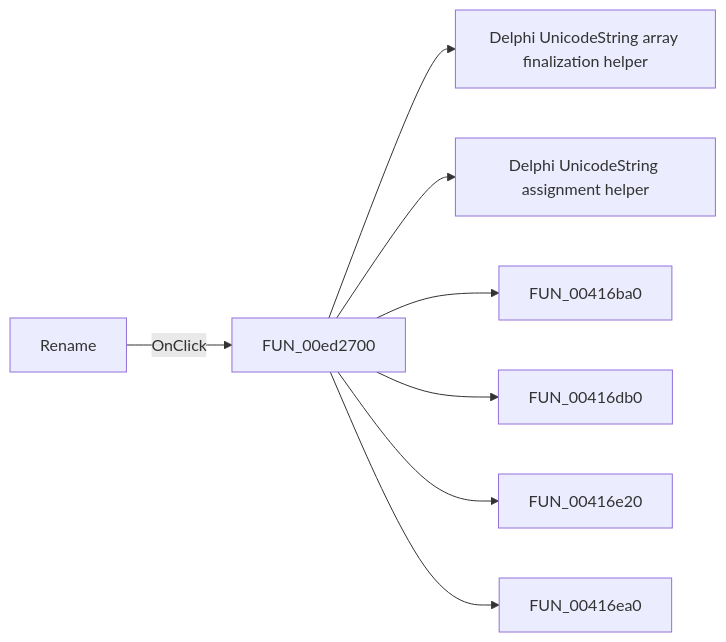
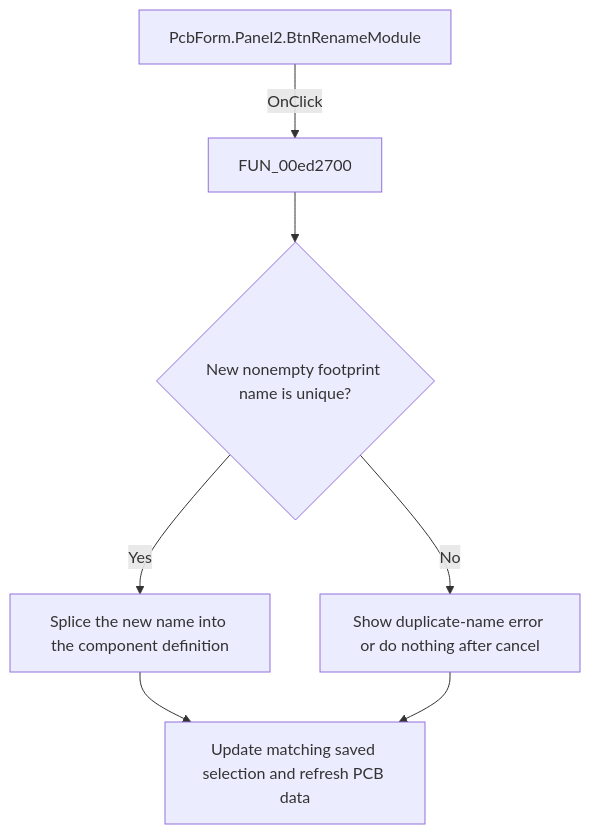
The diagram in docs/ui-controls/pcbform/btnrenamemodule-11a87425b2.md (MovGP0/TIARA), drawn with Mermaid before and after one commit. The commit also changed other lines of this file and 1062 other files, not shown here.

````diff
--- a/docs/ui-controls/pcbform/btnrenamemodule-11a87425b2.md
+++ b/docs/ui-controls/pcbform/btnrenamemodule-11a87425b2.md
@@ -27,10 +29,9 @@
 ```mermaid
-flowchart LR
-    control["Rename"] -->|OnClick| handler["FUN_00ed2700"]
-    handler --> call1["Delphi UnicodeString array finalization helper"]
-    handler --> call2["Delphi UnicodeString assignment helper"]
-    handler --> call3["FUN_00416ba0"]
-    handler --> call4["FUN_00416db0"]
-    handler --> call5["FUN_00416e20"]
-    handler --> call6["FUN_00416ea0"]
+flowchart TD
+    control["PcbForm.Panel2.BtnRenameModule"] -->|OnClick| handler["FUN_00ed2700"]
+    handler --> decision{"New nonempty footprint name is unique?"}
+    decision -->|Yes| action["Splice the new name into the component definition"]
+    decision -->|No| noop["Show duplicate-name error or do nothing after cancel"]
+    action --> outcome["Update matching saved selection and refresh PCB data"]
+    noop --> outcome
 ```
````
